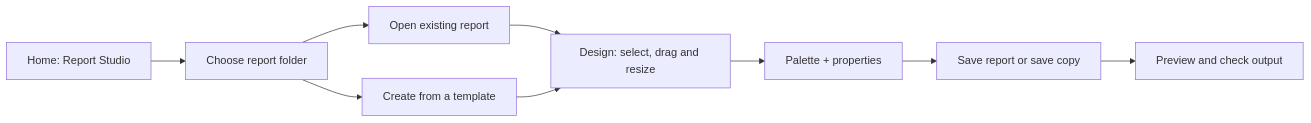
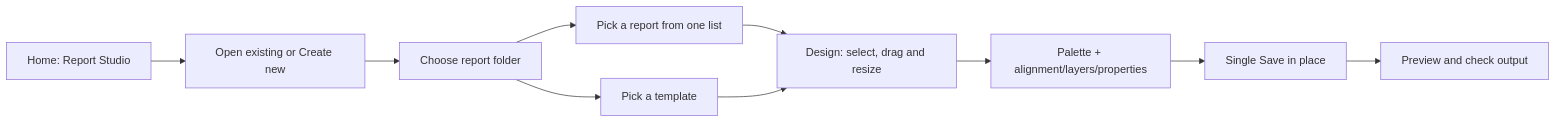
Before and after one commit to RaditteAnggoro/react-uiux-tool: the first of 2 diagrams in README.md, drawn with Mermaid. The commit also changed other lines of this file and 40 other files, not shown here.

First line of the commit message:
Refine studio UX, single in-place report save, and docs

````diff
--- a/README.md
+++ b/README.md
@@ -36,11 +38,12 @@
 ```mermaid
 flowchart LR
-  Home[Home: Report Studio] --> Folder[Choose report folder]
-  Folder --> Open[Open existing report]
-  Folder --> New[Create from a template]
+  Home[Home: Report Studio] --> Start[Open existing or Create new]
+  Start --> Folder[Choose report folder]
+  Folder --> Open[Pick a report from one list]
+  Folder --> New[Pick a template]
   Open --> Design[Design: select, drag and resize]
   New --> Design
-  Design --> Palette[Palette + properties]
-  Palette --> Save[Save report or save copy]
+  Design --> Palette[Palette + alignment/layers/properties]
+  Palette --> Save[Single Save in place]
   Save --> Check[Preview and check output]
 ```
````
